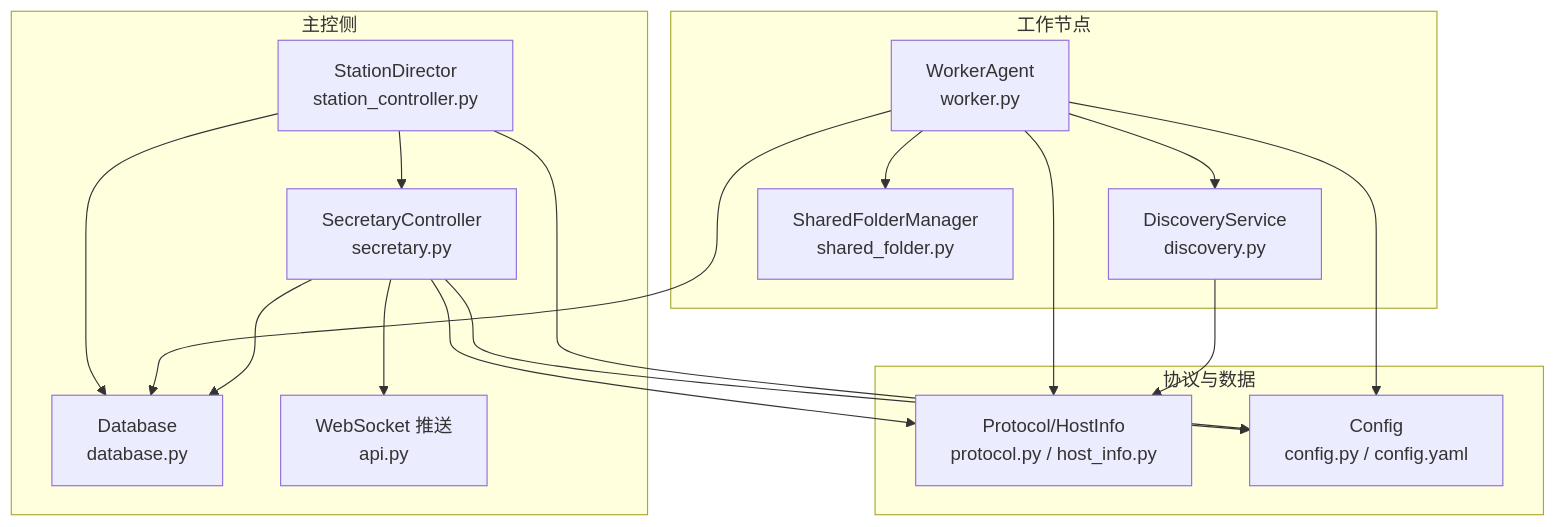
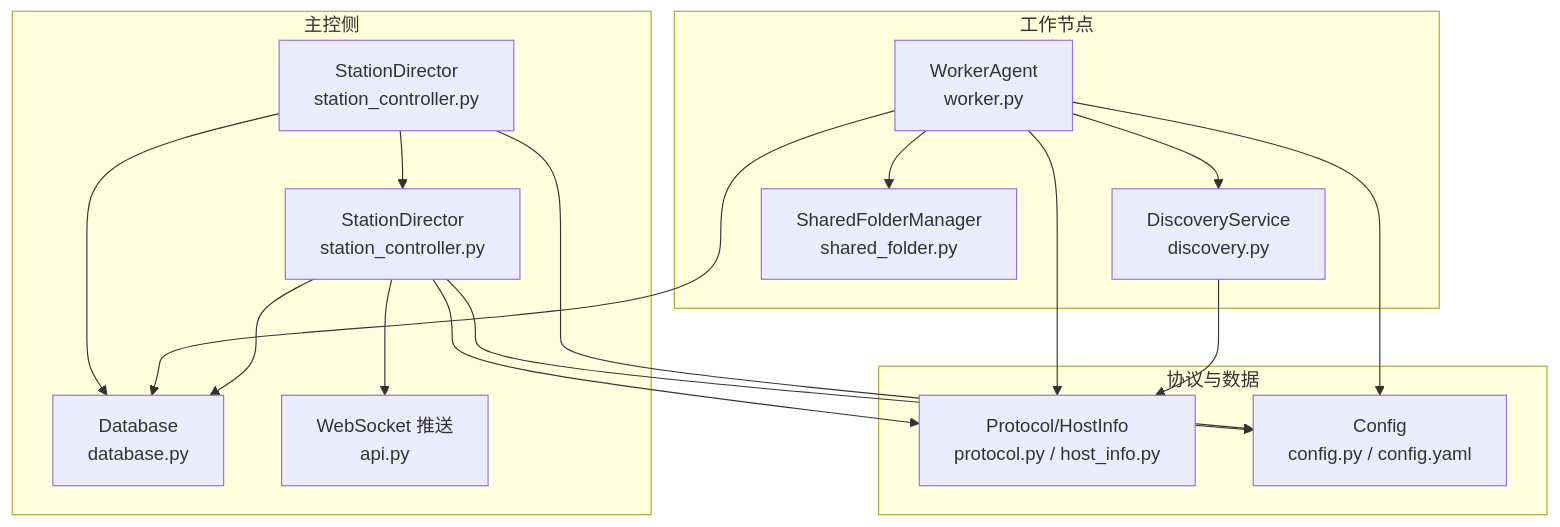
Before and after one commit to targalian/Personal-distributed-workstation: the second of 14 diagrams in .qoder/repowiki/zh/content/开发者指南/代码审查指南.md, drawn with Mermaid. The commit also changed other lines of this file and 63 other files, not shown here.

Commit message:
docs(station): 同步 repo wiki 至 station_controller/station_api 架构

````diff
--- a/.qoder/repowiki/zh/content/开发者指南/代码审查指南.md
+++ b/.qoder/repowiki/zh/content/开发者指南/代码审查指南.md
@@ -121,31 +121,31 @@
 ```mermaid
 graph TB
 subgraph "主控侧"
 SD["StationDirector<br/>station_controller.py"]
-SEC["SecretaryController<br/>secretary.py"]
+SEC["StationDirector<br/>station_controller.py"]
 DB["Database<br/>database.py"]
 WS["WebSocket 推送<br/>api.py"]
 end
 subgraph "工作节点"
 WRK["WorkerAgent<br/>worker.py"]
 DISC["DiscoveryService<br/>discovery.py"]
 SHF["SharedFolderManager<br/>shared_folder.py"]
 end
 subgraph "协议与数据"
 PROTO["Protocol/HostInfo<br/>protocol.py / host_info.py"]
 CFG["Config<br/>config.py / config.yaml"]
 end
 SD --> SEC
 SEC --> DB
 SEC --> WS
 WRK --> DISC
 WRK --> SHF
 WRK --> DB
 SD --> DB
 DISC --> PROTO
 SEC --> PROTO
 WRK --> PROTO
 SD --> CFG
 SEC --> CFG
 WRK --> CFG
 ```
````
